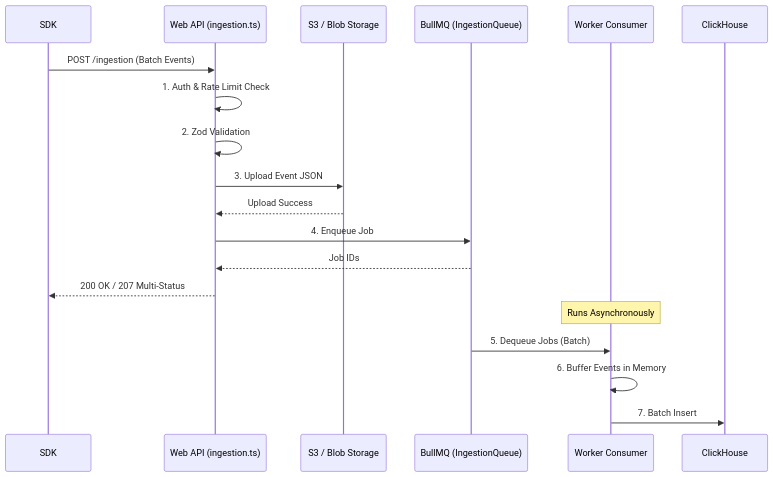
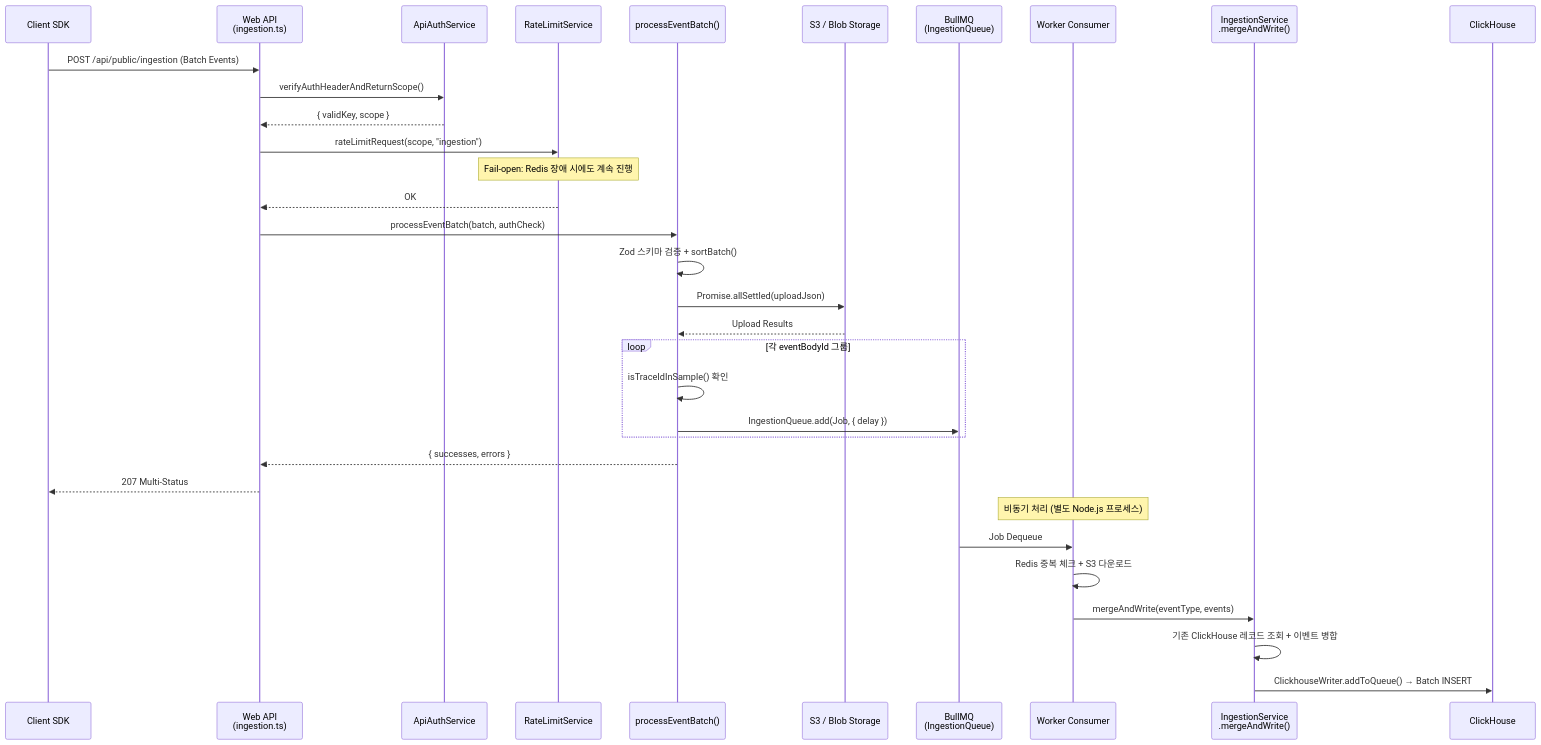
Before and after one commit to dhs-shine/langfuse: the first of 2 diagrams in docs/40-anatomy-deep-dive/06-ingestion-pipeline.md, drawn with Mermaid. The commit also changed other lines of this file and 8 other files, not shown here.

Commit message:
docs: update and standardize documentation structure across architecture deep dives and source analysis sections

````diff
--- a/docs/40-anatomy-deep-dive/06-ingestion-pipeline.md
+++ b/docs/40-anatomy-deep-dive/06-ingestion-pipeline.md
@@ -43,23 +12,40 @@
 ```mermaid
 sequenceDiagram
-    participant SDK
-    participant WebAPI as Web API (ingestion.ts)
+    participant SDK as Client SDK
+    participant WebAPI as Web API<br/>(ingestion.ts)
+    participant Auth as ApiAuthService
+    participant RL as RateLimitService
+    participant PEB as processEventBatch()
     participant S3 as S3 / Blob Storage
-    participant Redis as BullMQ (IngestionQueue)
+    participant Redis as BullMQ<br/>(IngestionQueue)
     participant Worker as Worker Consumer
+    participant IS as IngestionService<br/>.mergeAndWrite()
     participant CH as ClickHouse
 
-    SDK->>WebAPI: POST /ingestion (Batch Events)
-    WebAPI->>WebAPI: 1. Auth & Rate Limit Check
-    WebAPI->>WebAPI: 2. Zod Validation
-    WebAPI->>S3: 3. Upload Event JSON
-    S3-->>WebAPI: Upload Success
-    WebAPI->>Redis: 4. Enqueue Job
-    Redis-->>WebAPI: Job IDs
-    WebAPI-->>SDK: 200 OK / 207 Multi-Status
-    
-    Note over Worker: Runs Asynchronously
-    Redis->>Worker: 5. Dequeue Jobs (Batch)
-    Worker->>Worker: 6. Buffer Events in Memory
-    Worker->>CH: 7. Batch Insert
+    SDK->>WebAPI: POST /api/public/ingestion (Batch Events)
+    WebAPI->>Auth: verifyAuthHeaderAndReturnScope()
+    Auth-->>WebAPI: { validKey, scope }
+    WebAPI->>RL: rateLimitRequest(scope, "ingestion")
+    Note over RL: Fail-open: Redis 장애 시에도 계속 진행
+    RL-->>WebAPI: OK
+
+    WebAPI->>PEB: processEventBatch(batch, authCheck)
+    PEB->>PEB: Zod 스키마 검증 + sortBatch()
+    PEB->>S3: Promise.allSettled(uploadJson)
+    S3-->>PEB: Upload Results
+
+    loop 각 eventBodyId 그룹
+        PEB->>PEB: isTraceIdInSample() 확인
+        PEB->>Redis: IngestionQueue.add(Job, { delay })
+    end
+
+    PEB-->>WebAPI: { successes, errors }
+    WebAPI-->>SDK: 207 Multi-Status
+
+    Note over Worker: 비동기 처리 (별도 Node.js 프로세스)
+    Redis->>Worker: Job Dequeue
+    Worker->>Worker: Redis 중복 체크 + S3 다운로드
+    Worker->>IS: mergeAndWrite(eventType, events)
+    IS->>IS: 기존 ClickHouse 레코드 조회 + 이벤트 병합
+    IS->>CH: ClickhouseWriter.addToQueue() → Batch INSERT
 ```
````
